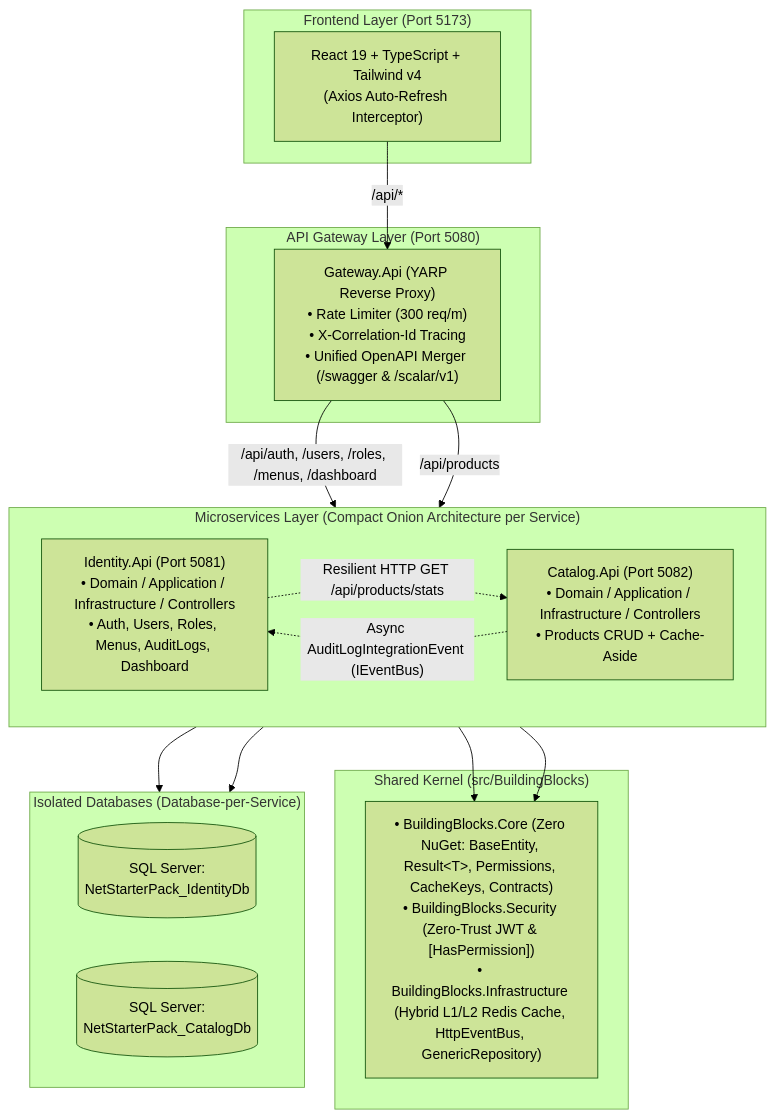
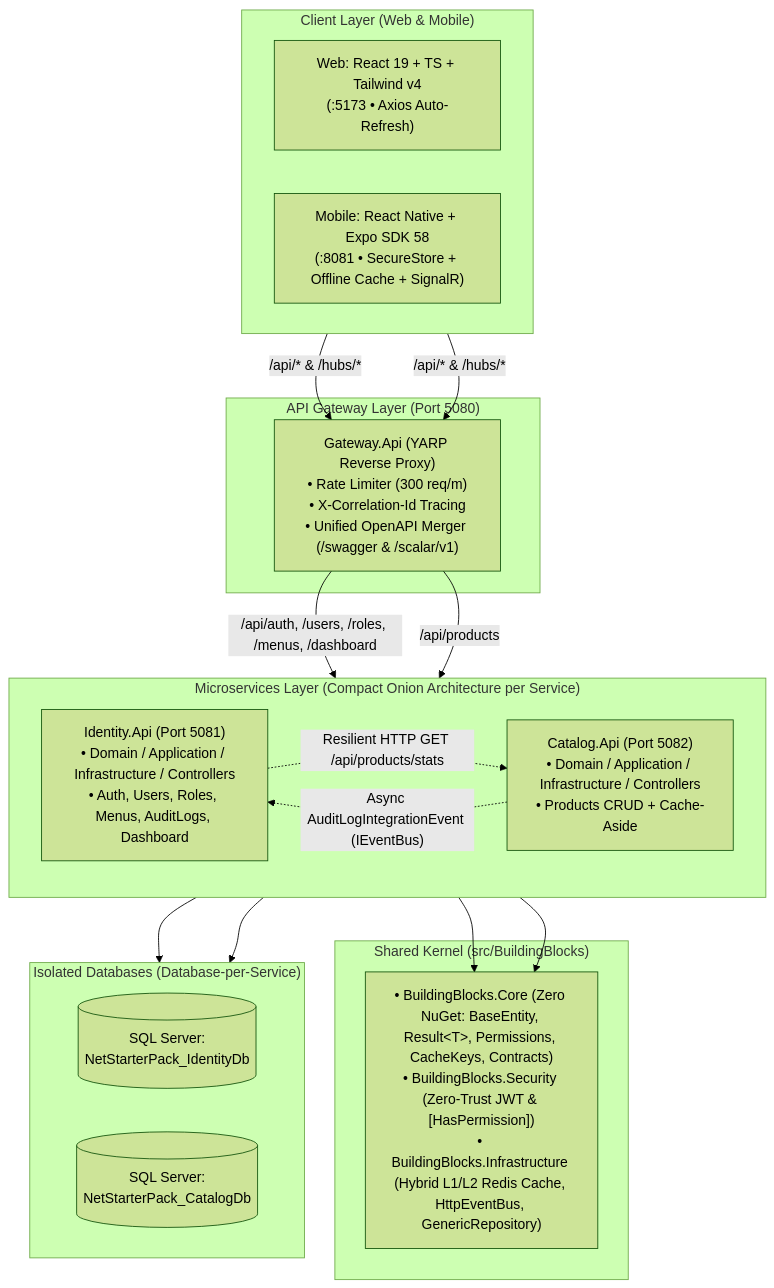
The diagram in README.md (rysamuel9/NetStarterPack-Microservices), drawn with Mermaid (forest theme) before and after one commit. The commit also changed other lines of this file and 4 other files, not shown here.

Commit message:
docs(mobile): update README, Architecture, Project Structure, Tech Stack, and Glossary with Mobile Starterpack

````diff
--- a/README.md
+++ b/README.md
@@ -58,36 +59,39 @@
 ```mermaid
 flowchart TD
-    subgraph Client ["Frontend Layer (Port 5173)"]
-        React["React 19 + TypeScript + Tailwind v4<br/>(Axios Auto-Refresh Interceptor)"]
+    subgraph Client ["Client Layer (Web & Mobile)"]
+        direction LR
+        React["Web: React 19 + TS + Tailwind v4<br/>(:5173 • Axios Auto-Refresh)"]
+        Mobile["Mobile: React Native + Expo SDK 58<br/>(:8081 • SecureStore + Offline Cache + SignalR)"]
     end
 
     subgraph Gateway ["API Gateway Layer (Port 5080)"]
         YARP["Gateway.Api (YARP Reverse Proxy)<br/>• Rate Limiter (300 req/m)<br/>• X-Correlation-Id Tracing<br/>• Unified OpenAPI Merger (/swagger & /scalar/v1)"]
     end
 
     subgraph Services ["Microservices Layer (Compact Onion Architecture per Service)"]
         direction LR
         Identity["Identity.Api (Port 5081)<br/>• Domain / Application / Infrastructure / Controllers<br/>• Auth, Users, Roles, Menus, AuditLogs, Dashboard"]
         Catalog["Catalog.Api (Port 5082)<br/>• Domain / Application / Infrastructure / Controllers<br/>• Products CRUD + Cache-Aside"]
     end
 
     subgraph Shared ["Shared Kernel (src/BuildingBlocks)"]
         BB["• BuildingBlocks.Core (Zero NuGet: BaseEntity, Result&lt;T&gt;, Permissions, CacheKeys, Contracts)<br/>• BuildingBlocks.Security (Zero-Trust JWT & [HasPermission])<br/>• BuildingBlocks.Infrastructure (Hybrid L1/L2 Redis Cache, HttpEventBus, GenericRepository)"]
     end
 
     subgraph Databases ["Isolated Databases (Database-per-Service)"]
         direction LR
         IdDB[("SQL Server:<br/>NetStarterPack_IdentityDb")]
         CatDB[("SQL Server:<br/>NetStarterPack_CatalogDb")]
     end
 
-    React -->|"/api/*"| YARP
+    React -->|"/api/* & /hubs/*"| YARP
+    Mobile -->|"/api/* & /hubs/*"| YARP
     YARP -->|"/api/auth, /users, /roles, /menus, /dashboard"| Identity
     YARP -->|"/api/products"| Catalog
     Catalog -.->|"Async AuditLogIntegrationEvent (IEventBus)"| Identity
     Identity -.->|"Resilient HTTP GET /api/products/stats"| Catalog
     Identity --> IdDB
     Catalog --> CatDB
     Identity --> BB
     Catalog --> BB
 ```
````
